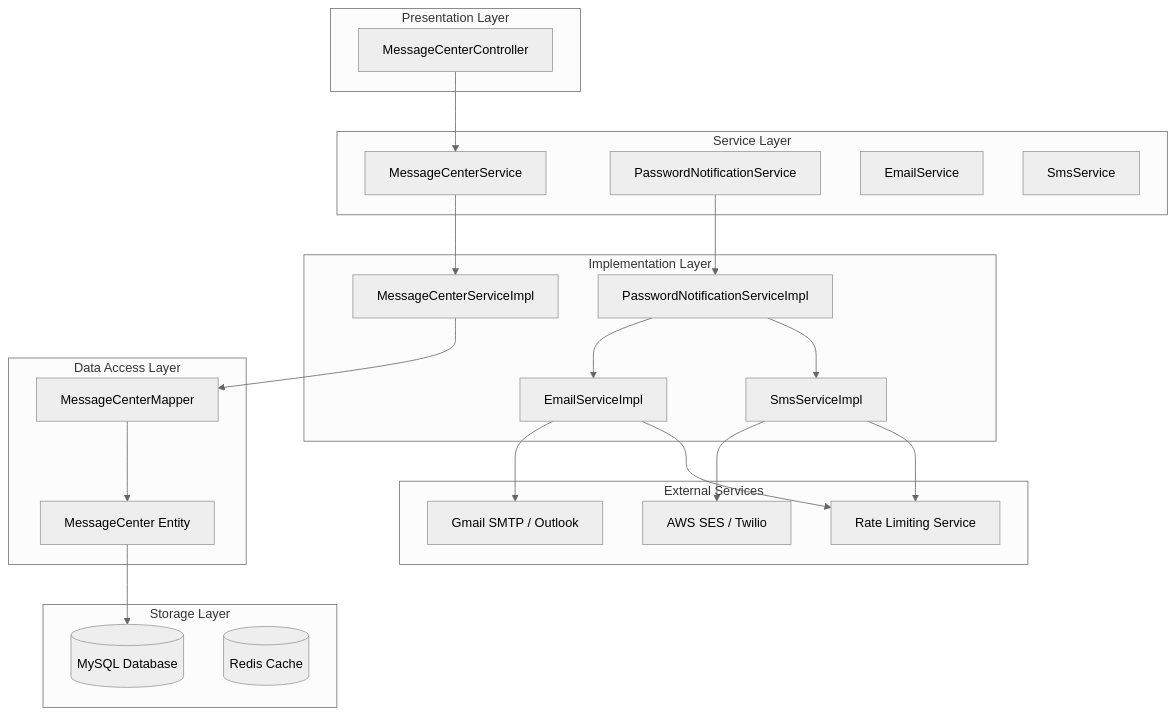
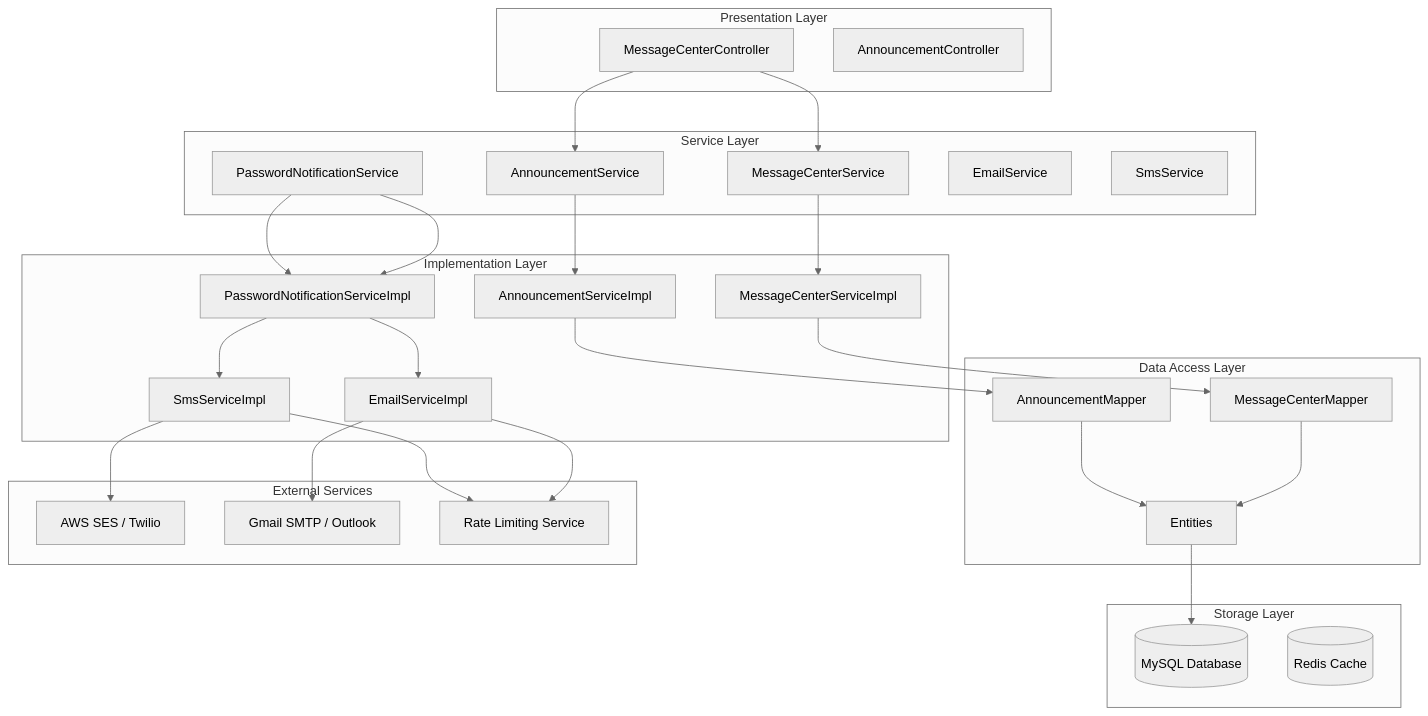
Before and after one commit to bo961386926/Survey-App: the first of 7 diagrams in .qoder/repowiki/en/content/Backend Architecture/Notification System.md, drawn with Mermaid (neutral theme). The commit also changed other lines of this file and 7 other files, not shown here.

````diff
--- a/.qoder/repowiki/en/content/Backend Architecture/Notification System.md
+++ b/.qoder/repowiki/en/content/Backend Architecture/Notification System.md
@@ -53,43 +61,52 @@
 ```mermaid
 graph TB
 subgraph "Presentation Layer"
 Controllers[MessageCenterController]
+AnnouncementController[AnnouncementController]
 end
 subgraph "Service Layer"
 MessageService[MessageCenterService]
 PasswordService[PasswordNotificationService]
+AnnouncementService[AnnouncementService]
 EmailService[EmailService]
 SmsService[SmsService]
 end
 subgraph "Implementation Layer"
 MessageImpl[MessageCenterServiceImpl]
 PasswordImpl[PasswordNotificationServiceImpl]
+AnnouncementImpl[AnnouncementServiceImpl]
 EmailImpl[EmailServiceImpl]
 SmsImpl[SmsServiceImpl]
 end
 subgraph "Data Access Layer"
-Mapper[MessageCenterMapper]
-Entity[MessageCenter Entity]
+MessageMapper[MessageCenterMapper]
+AnnouncementMapper[AnnouncementMapper]
+Entity[Entities]
 end
 subgraph "External Services"
 SMSClients[AWS SES / Twilio]
 EmailClients[Gmail SMTP / Outlook]
 RateLimiter[Rate Limiting Service]
 end
 subgraph "Storage Layer"
 Database[(MySQL Database)]
 Cache[(Redis Cache)]
 end
 Controllers --> MessageService
+Controllers --> AnnouncementService
 MessageService --> MessageImpl
-MessageImpl --> Mapper
-Mapper --> Entity
+AnnouncementService --> AnnouncementImpl
+PasswordService --> PasswordImpl
+MessageImpl --> MessageMapper
+AnnouncementImpl --> AnnouncementMapper
+MessageMapper --> Entity
+AnnouncementMapper --> Entity
 Entity --> Database
 PasswordService --> PasswordImpl
 PasswordImpl --> EmailImpl
 PasswordImpl --> SmsImpl
 EmailImpl --> EmailClients
 SmsImpl --> SMSClients
 EmailImpl --> RateLimiter
 SmsImpl --> RateLimiter
 ```
````
